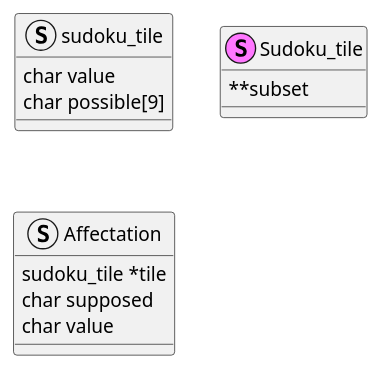
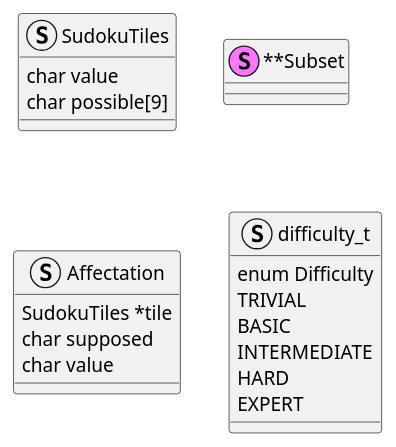
The diagram in doc/sudoku_solver.puml (SudokuSolverJUNIA2526/sudoku-solver), drawn with PlantUML before and after one commit.

Commit message:
Refactor sudoku_tile to SudokuTiles and add difficulty struct

```diff
--- a/doc/sudoku_solver.puml
+++ b/doc/sudoku_solver.puml
@@ -1,18 +1,25 @@
 @startuml
 
-struct sudoku_tile {
+struct SudokuTiles {
     char value
     char possible[9]
 }
 
-stereotype Sudoku_tile {
-    **subset
-}
+stereotype **Subset
 
 struct Affectation {
-    sudoku_tile *tile
+    SudokuTiles *tile
     char supposed
     char value
 }
 
+struct difficulty_t {
+    enum Difficulty
+    TRIVIAL
+    BASIC
+    INTERMEDIATE
+    HARD
+    EXPERT
+}
+
 @enduml
```
